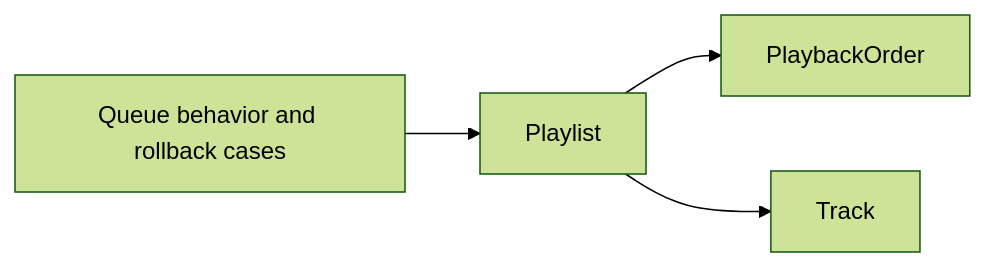
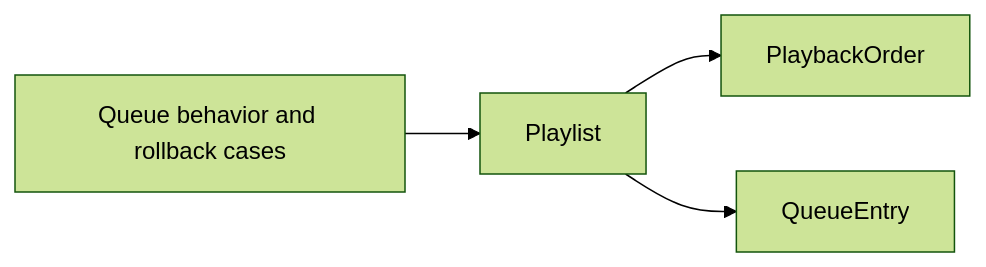
One commit to Vokerlee/wiola-player changed the diagram in src/core/playback/tests/queue/README.md. Above: the diagram before and after it, drawn with Mermaid (forest theme). The commit also changed other lines of this file and 27 other files, not shown here.

Commit message:
playback: own queue entry construction and immutable observations

````diff
--- a/src/core/playback/tests/queue/README.md
+++ b/src/core/playback/tests/queue/README.md
@@ -5,6 +5,6 @@
 ```mermaid
 flowchart LR
     Cases[Queue behavior and rollback cases] --> Playlist
     Playlist --> Order[PlaybackOrder]
-    Playlist --> Track
+    Playlist --> Entry[QueueEntry]
 ```
````
